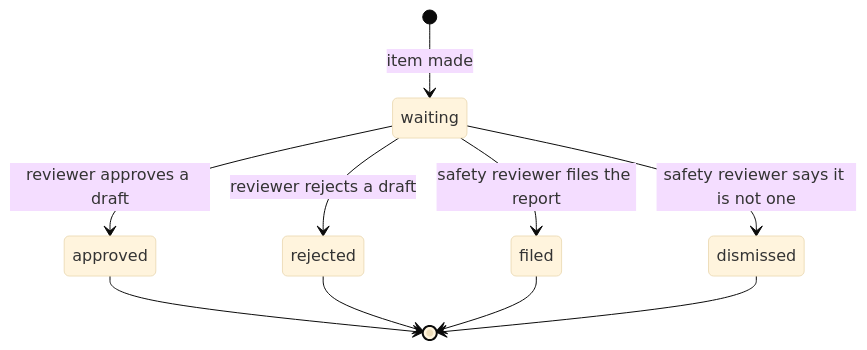
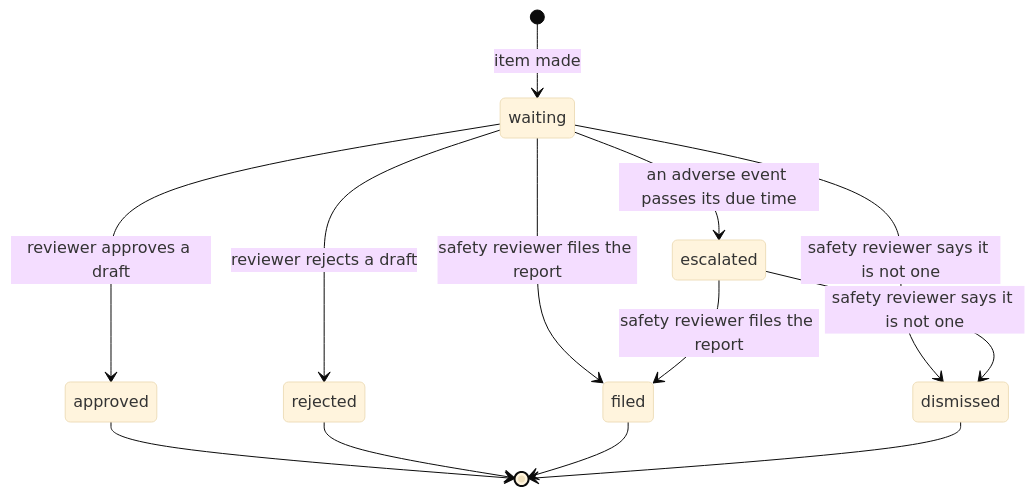
One commit to learnwithparam/agentic-ai-buildcamp changed the third of 3 diagrams in docs/learner/13-durable-state-and-review.md. Above: the diagram before and after it, drawn with Mermaid (base theme). The commit also changed other lines of this file and 29 other files, not shown here.

````diff
--- a/docs/learner/13-durable-state-and-review.md
+++ b/docs/learner/13-durable-state-and-review.md
@@ -115,13 +123,16 @@
 ```mermaid
 %% states: src/server/reviews.ts ReviewStatus
 stateDiagram-v2
     [*] --> waiting: item made
     waiting --> approved: reviewer approves a draft
     waiting --> rejected: reviewer rejects a draft
     waiting --> filed: safety reviewer files the report
     waiting --> dismissed: safety reviewer says it is not one
+    waiting --> escalated: an adverse event passes its due time
+    escalated --> filed: safety reviewer files the report
+    escalated --> dismissed: safety reviewer says it is not one
     approved --> [*]
     rejected --> [*]
     filed --> [*]
     dismissed --> [*]
 ```
````
